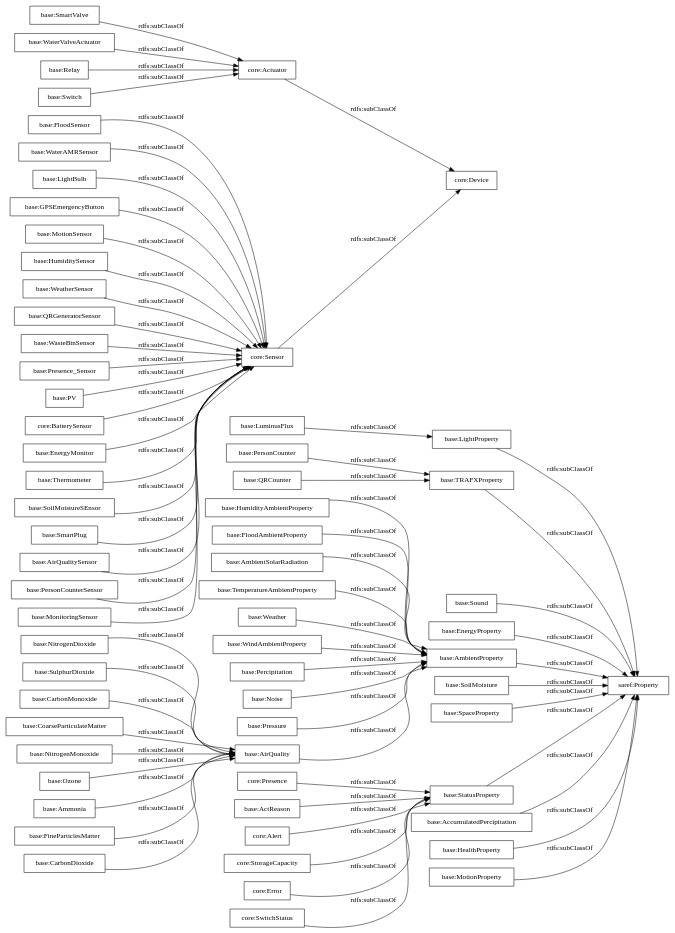
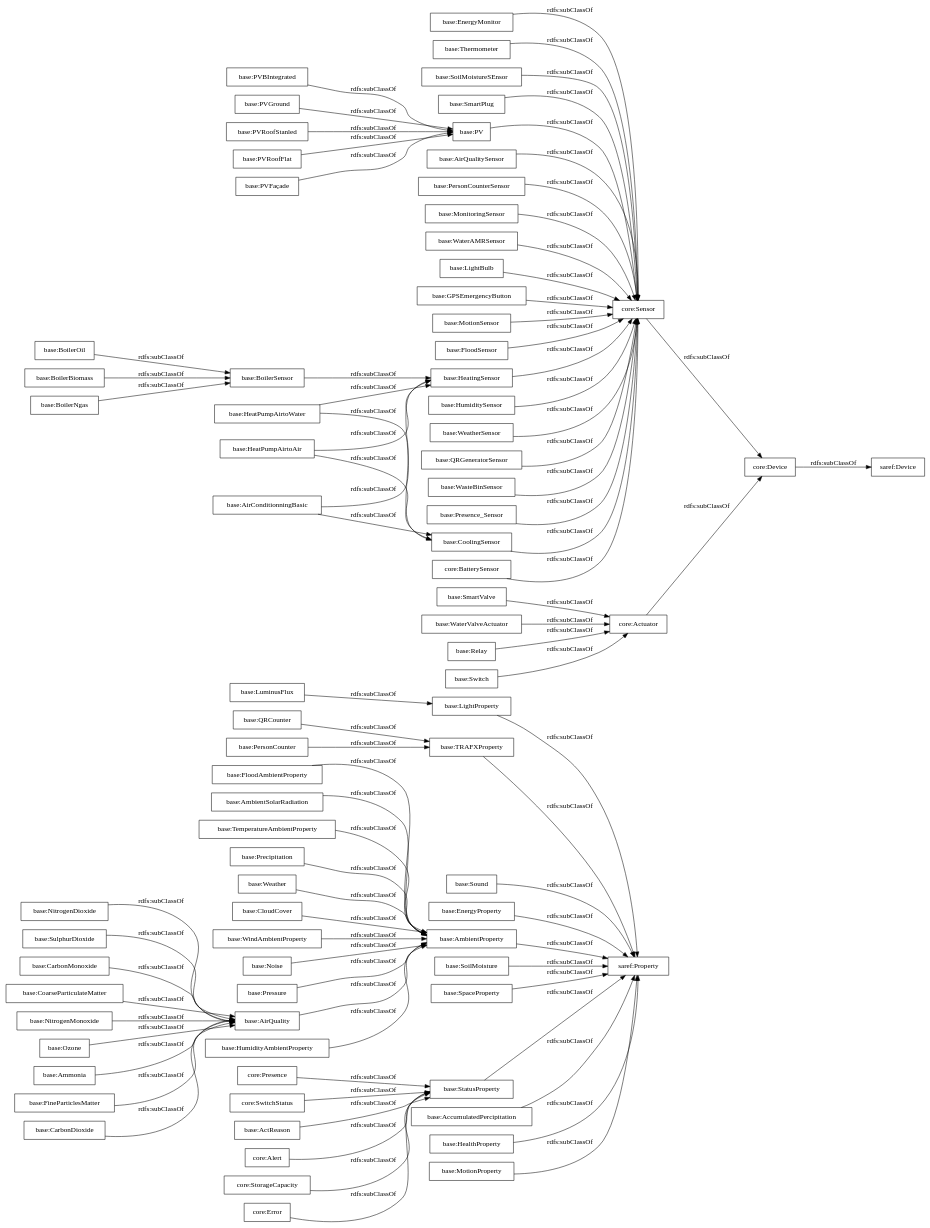
Before and after one commit to oeg-upm/auroral-adapters-ontology: the diagram in OnToology/Ontology/adapters-ontology.owl/diagrams/ar2dtool-taxonomy/adapters-ontology.owl.png.dot, drawn with Graphviz. The commit also changed 10 other files, not shown here.

```diff
--- a/OnToology/Ontology/adapters-ontology.owl/diagrams/ar2dtool-taxonomy/adapters-ontology.owl.png.dot
+++ b/OnToology/Ontology/adapters-ontology.owl/diagrams/ar2dtool-taxonomy/adapters-ontology.owl.png.dot
@@ -1,70 +1,89 @@
 digraph ar2dtool_diagram { 
 rankdir=LR;
 size="1000"
-node [shape = rectangle, color="black"]; "core:Presence" "base:NitrogenDioxide" "base:QRCounter" "base:LightProperty" "base:FloodSensor" "base:Switch" "base:Sound" "base:HumiditySensor" "base:EnergyProperty" "base:WeatherSensor" "base:AirQuality" "base:HumidityAmbientProperty" "base:SulphurDioxide" "base:QRGeneratorSensor" "base:FloodAmbientProperty" "core:Device" "core:Sensor" "base:CarbonMonoxide" "core:Actuator" "base:LuminusFlux" "base:TRAFXProperty" "base:CoarseParticulateMatter" "base:AmbientSolarRadiation" "base:SoilMoisture" "base:SpaceProperty" "base:AmbientProperty" "base:WasteBinSensor" "core:Error" "saref:Property" "core:SwitchStatus" "base:SmartValve" "base:TemperatureAmbientProperty" "base:ActReason" "base:WaterValveActuator" "base:Presence_Sensor" "base:Relay" "base:AccumulatedPercipitation" "base:HealthProperty" "base:MotionProperty" "base:NitrogenMonoxide" "base:Weather" "base:Ozone" "base:Ammonia" "base:PV" "core:BatterySensor" "base:EnergyMonitor" "base:WindAmbientProperty" "base:Percipitation" "base:Thermometer" "base:SoilMoistureSEnsor" "base:SmartPlug" "base:Noise" "base:AirQualitySensor" "base:PersonCounterSensor" "base:MonitoringSensor" "base:WaterAMRSensor" "base:LightBulb" "base:FineParticlesMatter" "base:GPSEmergencyButton" "base:CarbonDioxide" "core:Alert" "base:Pressure" "core:StorageCapacity" "base:StatusProperty" "base:MotionSensor" "base:PersonCounter" ; /*classes style*/
+node [shape = rectangle, color="black"]; "core:Presence" "base:AirConditionningBasic" "base:NitrogenDioxide" "base:PVBIntegrated" "base:QRCounter" "base:LightProperty" "base:FloodSensor" "saref:Device" "base:Switch" "base:Sound" "base:CoolingSensor" "base:HumiditySensor" "base:BoilerOil" "base:PVGround" "base:EnergyProperty" "base:WeatherSensor" "base:AirQuality" "base:HumidityAmbientProperty" "base:SulphurDioxide" "base:QRGeneratorSensor" "base:BoilerSensor" "base:FloodAmbientProperty" "core:Device" "core:Sensor" "base:HeatPumpAirtoWater" "base:CarbonMonoxide" "core:Actuator" "base:LuminusFlux" "base:TRAFXProperty" "base:CoarseParticulateMatter" "base:AmbientSolarRadiation" "base:SoilMoisture" "base:SpaceProperty" "base:AmbientProperty" "base:WasteBinSensor" "core:Error" "saref:Property" "core:SwitchStatus" "base:SmartValve" "base:TemperatureAmbientProperty" "base:ActReason" "base:WaterValveActuator" "base:Relay" "base:Presence_Sensor" "base:AccumulatedPercipitation" "base:HealthProperty" "base:MotionProperty" "base:NitrogenMonoxide" "base:Precipitation" "base:Weather" "base:Ozone" "base:Ammonia" "base:CloudCover" "base:HeatPumpAirtoAir" "base:PV" "core:BatterySensor" "base:PVRoofStanled" "base:PVRoofFlat" "base:EnergyMonitor" "base:WindAmbientProperty" "base:BoilerBiomass" "base:Thermometer" "base:SoilMoistureSEnsor" "base:SmartPlug" "base:HeatingSensor" "base:Noise" "base:AirQualitySensor" "base:PersonCounterSensor" "base:MonitoringSensor" "base:BoilerNgas" "base:WaterAMRSensor" "base:LightBulb" "base:PVFaçade" "base:FineParticlesMatter" "base:GPSEmergencyButton" "base:CarbonDioxide" "core:Alert" "base:Pressure" "core:StorageCapacity" "base:StatusProperty" "base:MotionSensor" "base:PersonCounter" ; /*classes style*/
+	"base:HeatPumpAirtoAir" -> "base:HeatingSensor" [ label = "rdfs:subClassOf" ];
+	"base:HeatPumpAirtoAir" -> "base:CoolingSensor" [ label = "rdfs:subClassOf" ];
 	"base:CarbonMonoxide" -> "base:AirQuality" [ label = "rdfs:subClassOf" ];
 	"base:Presence_Sensor" -> "core:Sensor" [ label = "rdfs:subClassOf" ];
+	"base:HeatPumpAirtoWater" -> "base:HeatingSensor" [ label = "rdfs:subClassOf" ];
+	"base:HeatPumpAirtoWater" -> "base:CoolingSensor" [ label = "rdfs:subClassOf" ];
 	"base:Relay" -> "core:Actuator" [ label = "rdfs:subClassOf" ];
 	"base:SpaceProperty" -> "saref:Property" [ label = "rdfs:subClassOf" ];
 	"base:WindAmbientProperty" -> "base:AmbientProperty" [ label = "rdfs:subClassOf" ];
+	"base:PVRoofFlat" -> "base:PV" [ label = "rdfs:subClassOf" ];
+	"base:PVFaçade" -> "base:PV" [ label = "rdfs:subClassOf" ];
 	"core:BatterySensor" -> "core:Sensor" [ label = "rdfs:subClassOf" ];
 	"core:Presence" -> "base:StatusProperty" [ label = "rdfs:subClassOf" ];
 	"core:Sensor" -> "core:Device" [ label = "rdfs:subClassOf" ];
+	"base:Precipitation" -> "base:AmbientProperty" [ label = "rdfs:subClassOf" ];
 	"base:PersonCounter" -> "base:TRAFXProperty" [ label = "rdfs:subClassOf" ];
 	"base:LightProperty" -> "saref:Property" [ label = "rdfs:subClassOf" ];
 	"base:LuminusFlux" -> "base:LightProperty" [ label = "rdfs:subClassOf" ];
 	"base:SmartValve" -> "core:Actuator" [ label = "rdfs:subClassOf" ];
 	"base:Thermometer" -> "core:Sensor" [ label = "rdfs:subClassOf" ];
 	"base:GPSEmergencyButton" -> "core:Sensor" [ label = "rdfs:subClassOf" ];
 	"base:CoarseParticulateMatter" -> "base:AirQuality" [ label = "rdfs:subClassOf" ];
 	"base:AirQuality" -> "base:AmbientProperty" [ label = "rdfs:subClassOf" ];
 	"core:Alert" -> "base:StatusProperty" [ label = "rdfs:subClassOf" ];
 	"base:SmartPlug" -> "core:Sensor" [ label = "rdfs:subClassOf" ];
+	"base:HeatingSensor" -> "core:Sensor" [ label = "rdfs:subClassOf" ];
 	"base:WasteBinSensor" -> "core:Sensor" [ label = "rdfs:subClassOf" ];
 	"base:AmbientSolarRadiation" -> "base:AmbientProperty" [ label = "rdfs:subClassOf" ];
 	"base:NitrogenMonoxide" -> "base:AirQuality" [ label = "rdfs:subClassOf" ];
 	"base:TemperatureAmbientProperty" -> "base:AmbientProperty" [ label = "rdfs:subClassOf" ];
 	"base:ActReason" -> "base:StatusProperty" [ label = "rdfs:subClassOf" ];
 	"base:HumiditySensor" -> "core:Sensor" [ label = "rdfs:subClassOf" ];
 	"base:SoilMoisture" -> "saref:Property" [ label = "rdfs:subClassOf" ];
 	"base:NitrogenDioxide" -> "base:AirQuality" [ label = "rdfs:subClassOf" ];
 	"base:LightBulb" -> "core:Sensor" [ label = "rdfs:subClassOf" ];
 	"core:Actuator" -> "core:Device" [ label = "rdfs:subClassOf" ];
 	"base:QRCounter" -> "base:TRAFXProperty" [ label = "rdfs:subClassOf" ];
 	"base:MotionProperty" -> "saref:Property" [ label = "rdfs:subClassOf" ];
 	"base:EnergyProperty" -> "saref:Property" [ label = "rdfs:subClassOf" ];
 	"base:StatusProperty" -> "saref:Property" [ label = "rdfs:subClassOf" ];
 	"base:WaterValveActuator" -> "core:Actuator" [ label = "rdfs:subClassOf" ];
+	"base:BoilerSensor" -> "base:HeatingSensor" [ label = "rdfs:subClassOf" ];
 	"base:Sound" -> "saref:Property" [ label = "rdfs:subClassOf" ];
+	"core:Device" -> "saref:Device" [ label = "rdfs:subClassOf" ];
 	"base:Ozone" -> "base:AirQuality" [ label = "rdfs:subClassOf" ];
 	"base:CarbonDioxide" -> "base:AirQuality" [ label = "rdfs:subClassOf" ];
 	"base:PV" -> "core:Sensor" [ label = "rdfs:subClassOf" ];
 	"base:WaterAMRSensor" -> "core:Sensor" [ label = "rdfs:subClassOf" ];
 	"base:Noise" -> "base:AmbientProperty" [ label = "rdfs:subClassOf" ];
 	"base:MotionSensor" -> "core:Sensor" [ label = "rdfs:subClassOf" ];
 	"base:AirQualitySensor" -> "core:Sensor" [ label = "rdfs:subClassOf" ];
 	"base:Weather" -> "base:AmbientProperty" [ label = "rdfs:subClassOf" ];
+	"base:BoilerBiomass" -> "base:BoilerSensor" [ label = "rdfs:subClassOf" ];
+	"base:PVRoofStanled" -> "base:PV" [ label = "rdfs:subClassOf" ];
 	"base:Ammonia" -> "base:AirQuality" [ label = "rdfs:subClassOf" ];
 	"base:SulphurDioxide" -> "base:AirQuality" [ label = "rdfs:subClassOf" ];
 	"base:FineParticlesMatter" -> "base:AirQuality" [ label = "rdfs:subClassOf" ];
 	"base:PersonCounterSensor" -> "core:Sensor" [ label = "rdfs:subClassOf" ];
 	"base:EnergyMonitor" -> "core:Sensor" [ label = "rdfs:subClassOf" ];
 	"base:QRGeneratorSensor" -> "core:Sensor" [ label = "rdfs:subClassOf" ];
 	"base:FloodSensor" -> "core:Sensor" [ label = "rdfs:subClassOf" ];
+	"base:CoolingSensor" -> "core:Sensor" [ label = "rdfs:subClassOf" ];
 	"base:HealthProperty" -> "saref:Property" [ label = "rdfs:subClassOf" ];
+	"base:AirConditionningBasic" -> "base:HeatingSensor" [ label = "rdfs:subClassOf" ];
+	"base:AirConditionningBasic" -> "base:CoolingSensor" [ label = "rdfs:subClassOf" ];
+	"base:BoilerNgas" -> "base:BoilerSensor" [ label = "rdfs:subClassOf" ];
 	"base:FloodAmbientProperty" -> "base:AmbientProperty" [ label = "rdfs:subClassOf" ];
+	"base:BoilerOil" -> "base:BoilerSensor" [ label = "rdfs:subClassOf" ];
 	"base:Switch" -> "core:Actuator" [ label = "rdfs:subClassOf" ];
 	"base:Pressure" -> "base:AmbientProperty" [ label = "rdfs:subClassOf" ];
+	"base:CloudCover" -> "base:AmbientProperty" [ label = "rdfs:subClassOf" ];
+	"base:PVGround" -> "base:PV" [ label = "rdfs:subClassOf" ];
 	"core:StorageCapacity" -> "base:StatusProperty" [ label = "rdfs:subClassOf" ];
 	"base:SoilMoistureSEnsor" -> "core:Sensor" [ label = "rdfs:subClassOf" ];
 	"base:WeatherSensor" -> "core:Sensor" [ label = "rdfs:subClassOf" ];
-	"base:Percipitation" -> "base:AmbientProperty" [ label = "rdfs:subClassOf" ];
 	"base:AmbientProperty" -> "saref:Property" [ label = "rdfs:subClassOf" ];
 	"core:SwitchStatus" -> "base:StatusProperty" [ label = "rdfs:subClassOf" ];
 	"base:TRAFXProperty" -> "saref:Property" [ label = "rdfs:subClassOf" ];
 	"core:Error" -> "base:StatusProperty" [ label = "rdfs:subClassOf" ];
 	"base:MonitoringSensor" -> "core:Sensor" [ label = "rdfs:subClassOf" ];
 	"base:HumidityAmbientProperty" -> "base:AmbientProperty" [ label = "rdfs:subClassOf" ];
 	"base:AccumulatedPercipitation" -> "saref:Property" [ label = "rdfs:subClassOf" ];
+	"base:PVBIntegrated" -> "base:PV" [ label = "rdfs:subClassOf" ];
 
 }
```
